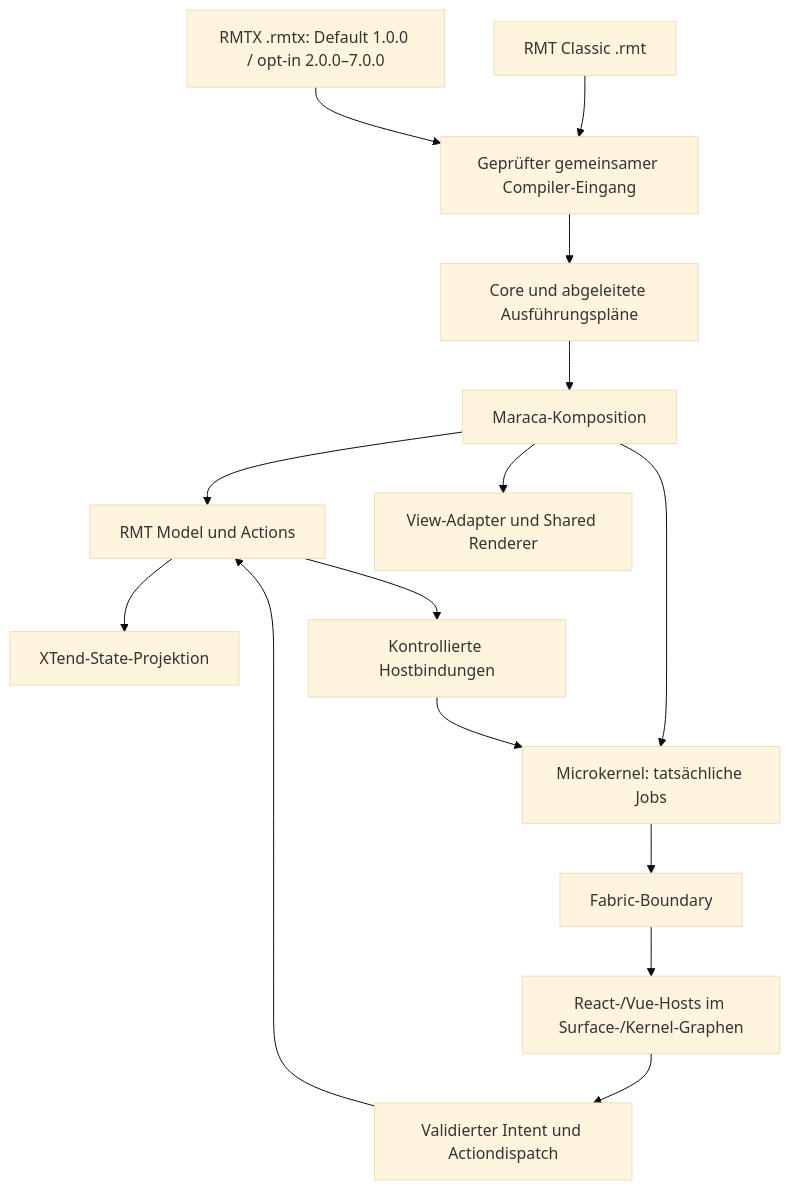
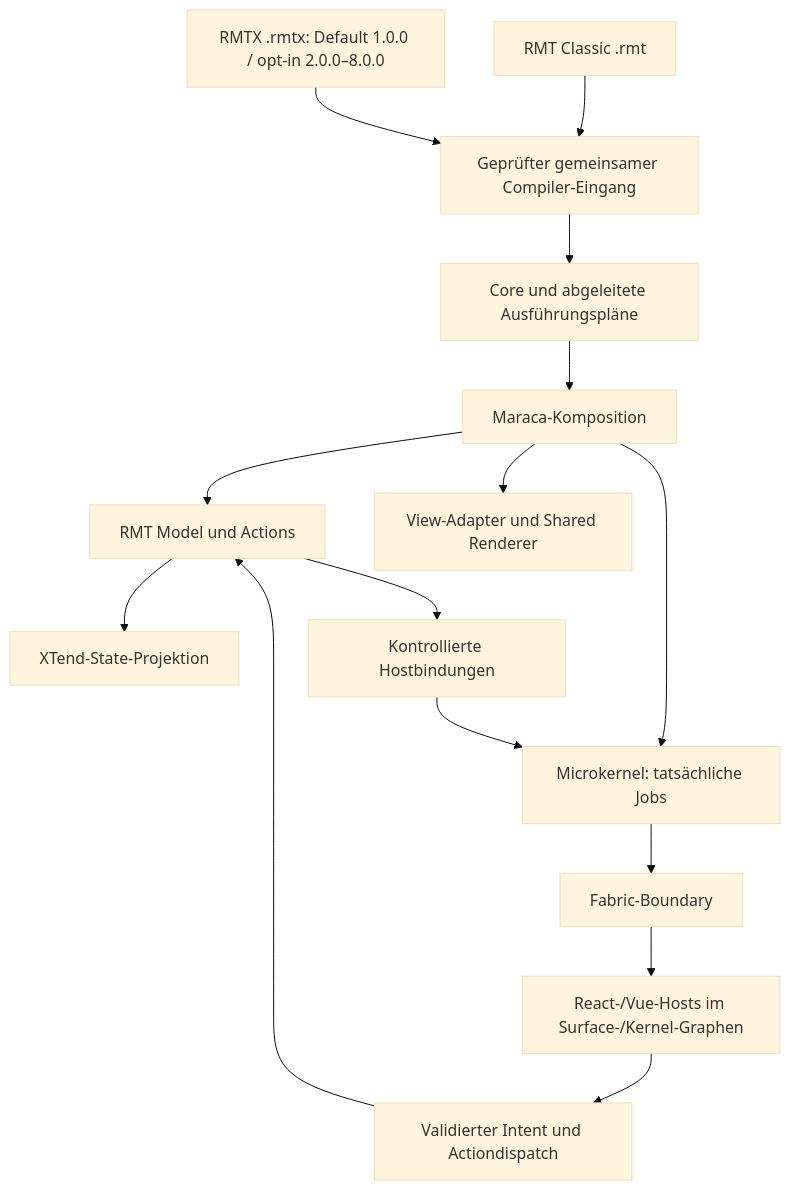
One commit to konnilabs/xtend changed the diagram in development/XTend-0.9-RMTX-und-XTensions-2.0-Bestandsaufnahme.md. Above: the diagram before and after it, drawn with Mermaid (base theme). The commit also changed other lines of this file and 35 other files, not shown here.

````diff
--- a/development/XTend-0.9-RMTX-und-XTensions-2.0-Bestandsaufnahme.md
+++ b/development/XTend-0.9-RMTX-und-XTensions-2.0-Bestandsaufnahme.md
@@ -51,17 +51,17 @@
 ```mermaid
 flowchart TD
   Classic["RMT Classic .rmt"] --> AST["Geprüfter gemeinsamer Compiler-Eingang"]
-  RMTX["RMTX .rmtx: Default 1.0.0 / opt-in 2.0.0–7.0.0"] --> AST
+  RMTX["RMTX .rmtx: Default 1.0.0 / opt-in 2.0.0–8.0.0"] --> AST
   AST --> Plans["Core und abgeleitete Ausführungspläne"]
   Plans --> Maraca["Maraca-Komposition"]
   Maraca --> Model["RMT Model und Actions"]
   Model --> State["XTend-State-Projektion"]
   Model --> Binding["Kontrollierte Hostbindungen"]
   Maraca --> Kernel["Microkernel: tatsächliche Jobs"]
   Binding --> Kernel
   Kernel --> Fabric["Fabric-Boundary"]
   Fabric --> Hosts["React-/Vue-Hosts im Surface-/Kernel-Graphen"]
   Hosts --> Intent["Validierter Intent und Actiondispatch"]
   Intent --> Model
   Maraca --> View["View-Adapter und Shared Renderer"]
 ```
````
